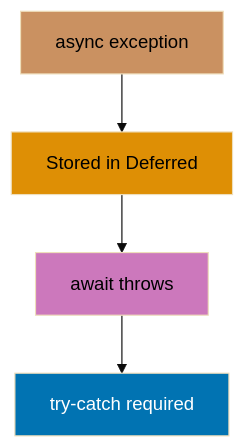
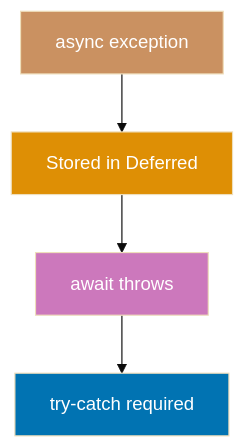
One commit to wahidyankf/open-sharia-enterprise changed the sixth of 22 diagrams in apps/ayokoding-web/content/en/learn/software-engineering/programming-languages/kotlin/by-example/advanced.md. Above: the diagram before and after it, drawn with Mermaid (base theme). The commit also changed other lines of this file and 61 other files, not shown here.

First line of the commit message:
fix(ayokoding-web): quote Mermaid node labels with special characters in Example 63

````diff
--- a/apps/ayokoding-web/content/en/learn/software-engineering/programming-languages/kotlin/by-example/advanced.md
+++ b/apps/ayokoding-web/content/en/learn/software-engineering/programming-languages/kotlin/by-example/advanced.md
@@ -398,11 +398,11 @@
 ```mermaid
 graph TD
     D[async exception] --> E[Stored in Deferred]
     E --> F[await throws]
     F --> G[try-catch required]
 
-    style D fill:#CA9161,color:#000
-    style E fill:#DE8F05,color:#000
-    style F fill:#CC78BC,color:#000
+    style D fill:#CA9161,color:#fff
+    style E fill:#DE8F05,color:#fff
+    style F fill:#CC78BC,color:#fff
     style G fill:#0173B2,color:#fff
 ```
````
